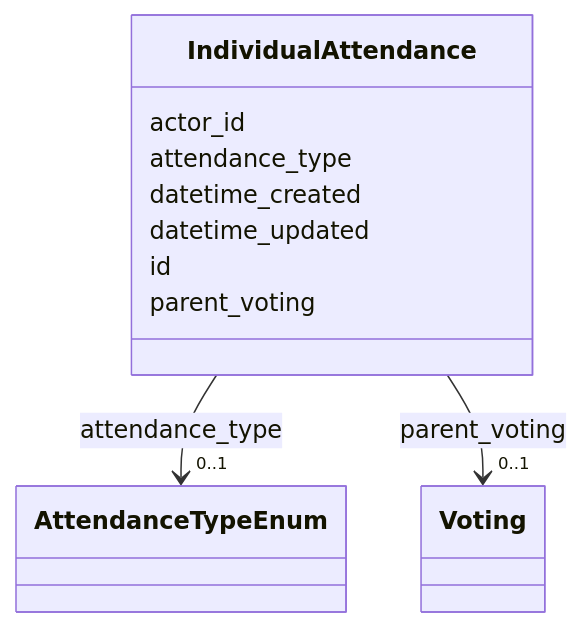
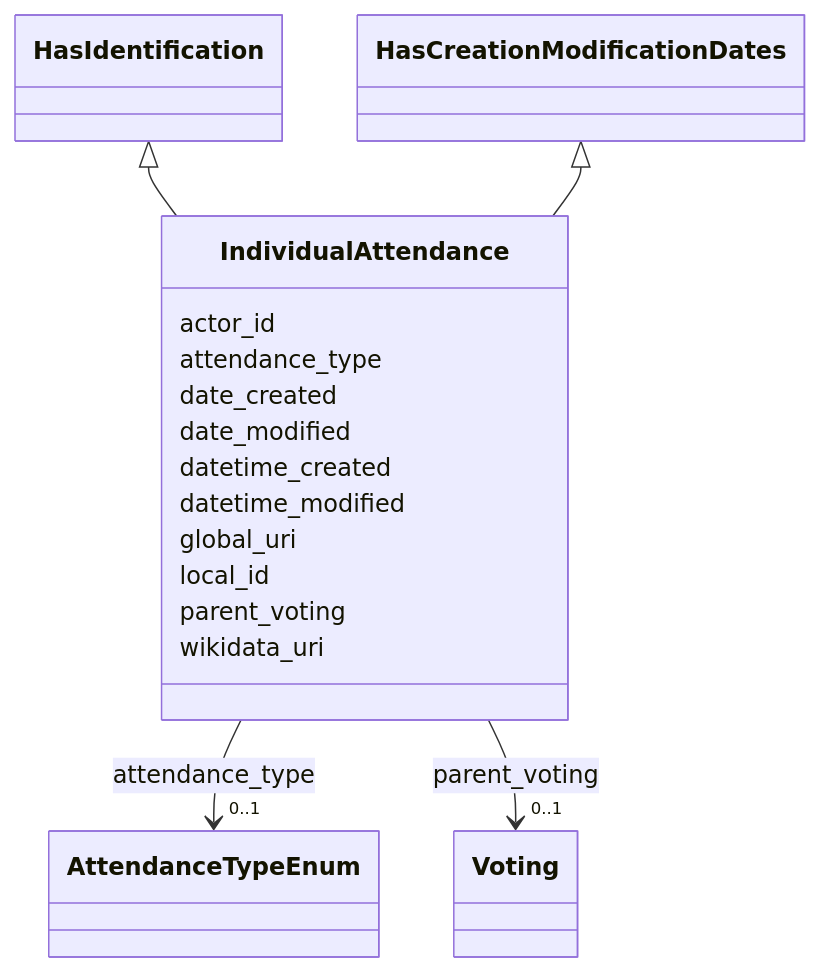
Before and after one commit to swiss/political-affairs-ech-group: the diagram in ech-0293_operations/output/docs/IndividualAttendance.md, drawn with Mermaid. The commit also changed other lines of this file and 79 other files, not shown here.

````diff
--- a/ech-0293_operations/output/docs/IndividualAttendance.md
+++ b/ech-0293_operations/output/docs/IndividualAttendance.md
@@ -22,36 +22,49 @@
 ```mermaid
  classDiagram
     class IndividualAttendance
     click IndividualAttendance href "../IndividualAttendance/"
+      HasIdentification <|-- IndividualAttendance
+        click HasIdentification href "../HasIdentification/"
+      HasCreationModificationDates <|-- IndividualAttendance
+        click HasCreationModificationDates href "../HasCreationModificationDates/"
+      
       IndividualAttendance : actor_id
         
       IndividualAttendance : attendance_type
         
           
     
         
         
         IndividualAttendance --> "0..1" AttendanceTypeEnum : attendance_type
         click AttendanceTypeEnum href "../AttendanceTypeEnum/"
     
 
         
+      IndividualAttendance : date_created
+        
+      IndividualAttendance : date_modified
+        
       IndividualAttendance : datetime_created
         
-      IndividualAttendance : datetime_updated
+      IndividualAttendance : datetime_modified
         
-      IndividualAttendance : id
+      IndividualAttendance : global_uri
+        
+      IndividualAttendance : local_id
         
       IndividualAttendance : parent_voting
         
           
     
         
         
         IndividualAttendance --> "0..1" Voting : parent_voting
         click Voting href "../Voting/"
     
 
         
+      IndividualAttendance : wikidata_uri
+        
       
 ```
````
